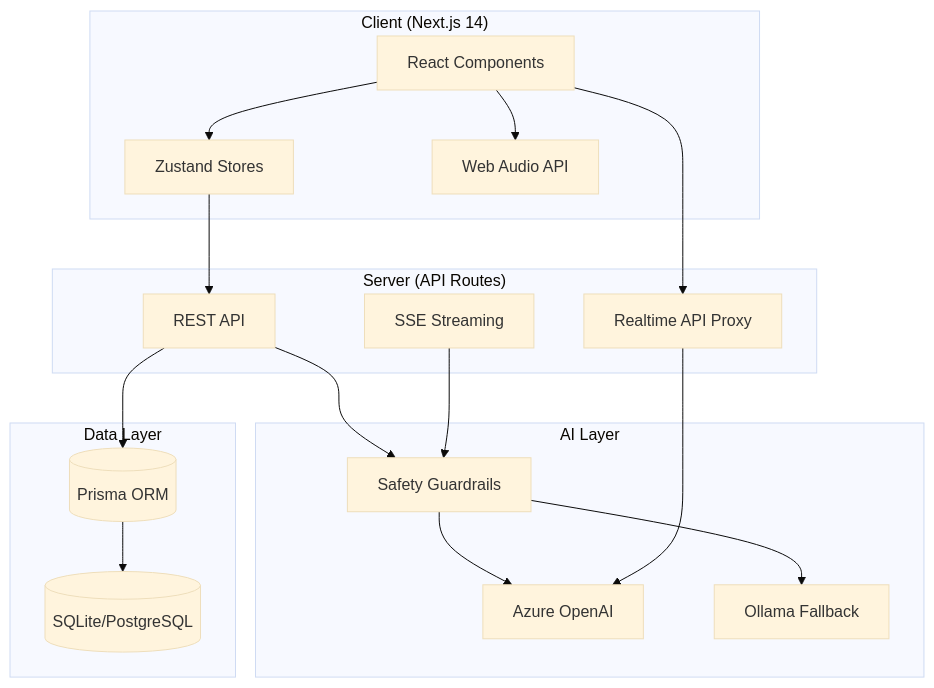
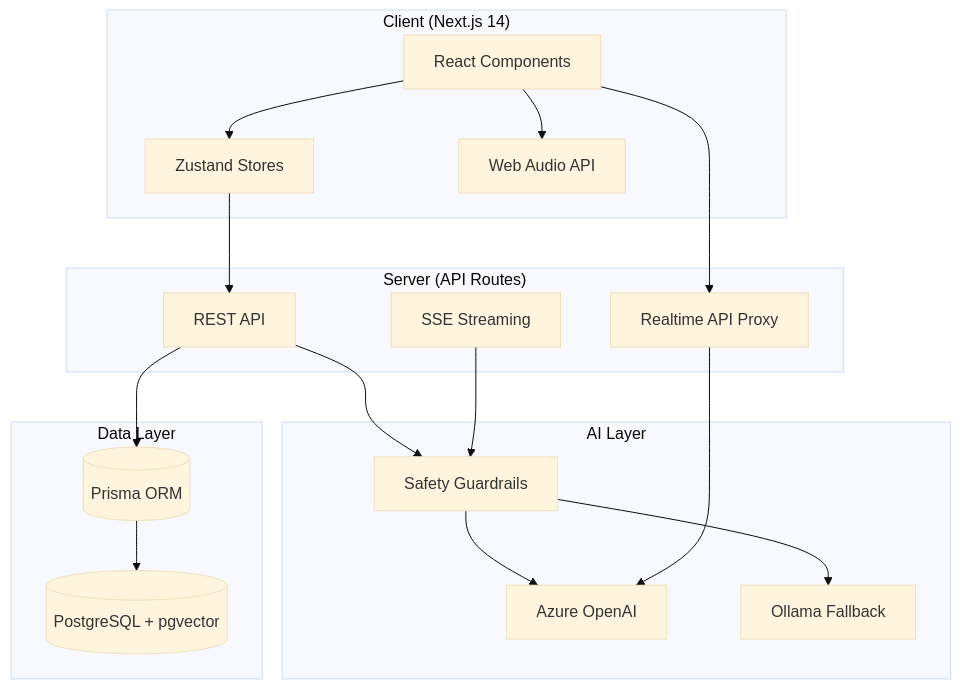
Before and after one commit to FightTheStroke/MirrorBuddy: the first of 10 diagrams in docs/technical/ARCHITECTURE.md, drawn with Mermaid (base theme). The commit also changed other lines of this file, not shown here.

Commit message:
docs: update ARCHITECTURE.md to reflect PostgreSQL + pgvector migration
Updates outdated references from SQLite to PostgreSQL + pgvector per ADR 0028.

````diff
--- a/docs/technical/ARCHITECTURE.md
+++ b/docs/technical/ARCHITECTURE.md
@@ -27,40 +27,40 @@
 ```mermaid
 flowchart TB
     subgraph Client["Client (Next.js 14)"]
         UI[React Components]
         Stores[Zustand Stores]
         Audio[Web Audio API]
     end
 
     subgraph Server["Server (API Routes)"]
         API[REST API]
         SSE[SSE Streaming]
         Voice[Realtime API Proxy]
     end
 
     subgraph AI["AI Layer"]
         Azure[Azure OpenAI]
         Ollama[Ollama Fallback]
         Safety[Safety Guardrails]
     end
 
     subgraph Data["Data Layer"]
         Prisma[(Prisma ORM)]
-        DB[(SQLite/PostgreSQL)]
+        DB[(PostgreSQL + pgvector)]
     end
 
     UI --> Stores
     Stores --> API
     UI --> Audio
     UI --> Voice
 
     API --> Safety
     SSE --> Safety
     Safety --> Azure
     Safety --> Ollama
 
     API --> Prisma
     Prisma --> DB
 
     Voice --> Azure
 ```
````
